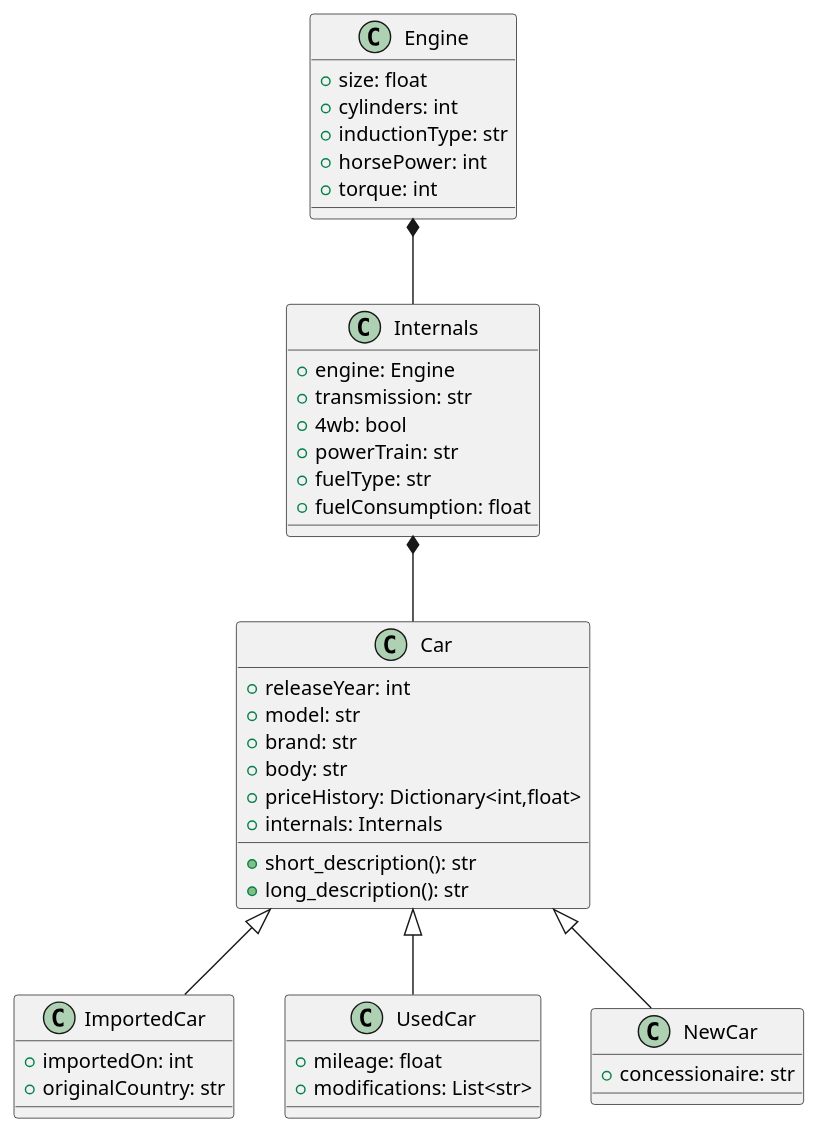
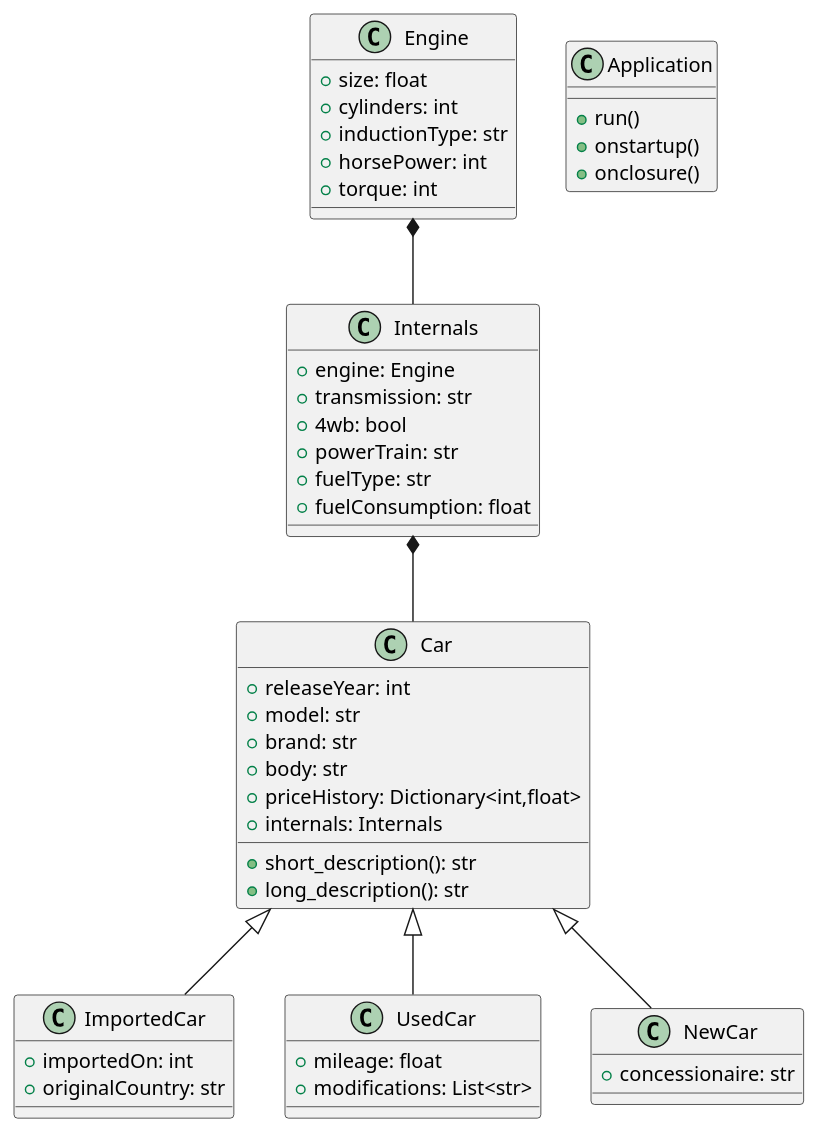
One commit to ooplata/carpedia changed the diagram in Carpedia.puml. Above: the diagram before and after it, drawn with PlantUML.

Commit message:
Added Application class

```diff
--- a/Carpedia.puml
+++ b/Carpedia.puml
@@ -1,47 +1,53 @@
 @startuml Project
 class ImportedCar extends Car {
     +importedOn: int
     +originalCountry: str
 }
 
 class UsedCar extends Car {
     +mileage: float
     +modifications: List<str>
 }
 
 class NewCar extends Car {
     +concessionaire: str
 }
 
 Engine *-- Internals
 Internals *-- Car
 
 class Car {
     +releaseYear: int
     +model: str
     +brand: str
     +body: str
     +priceHistory: Dictionary<int,float>
     +internals: Internals
 
     +short_description(): str
     +long_description(): str
 }
 
 class Internals {
     +engine: Engine
     +transmission: str
     +4wb: bool
     +powerTrain: str
     +fuelType: str
     +fuelConsumption: float
 }
 
 class Engine {
     +size: float
     +cylinders: int
     +inductionType: str
     +horsePower: int
     +torque: int
 }
+
+class Application {
+    +run()
+    +onstartup()
+    +onclosure()
+}
 @enduml
```
